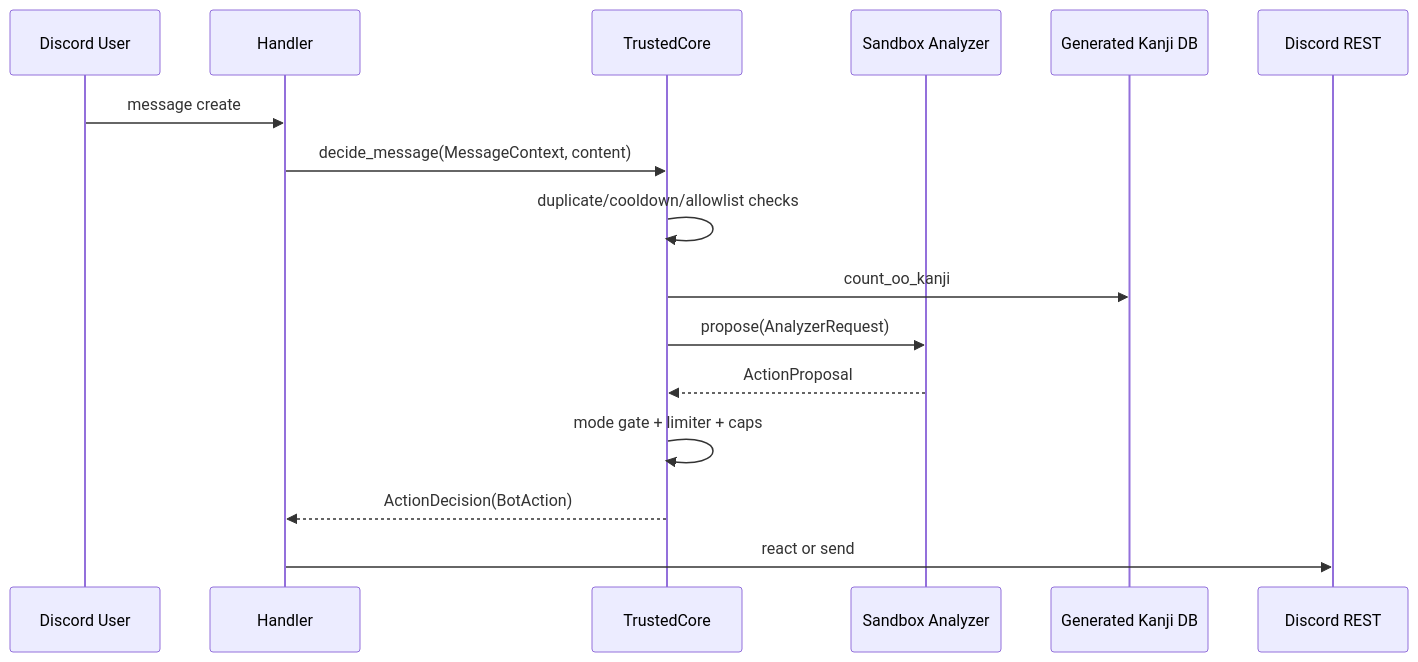
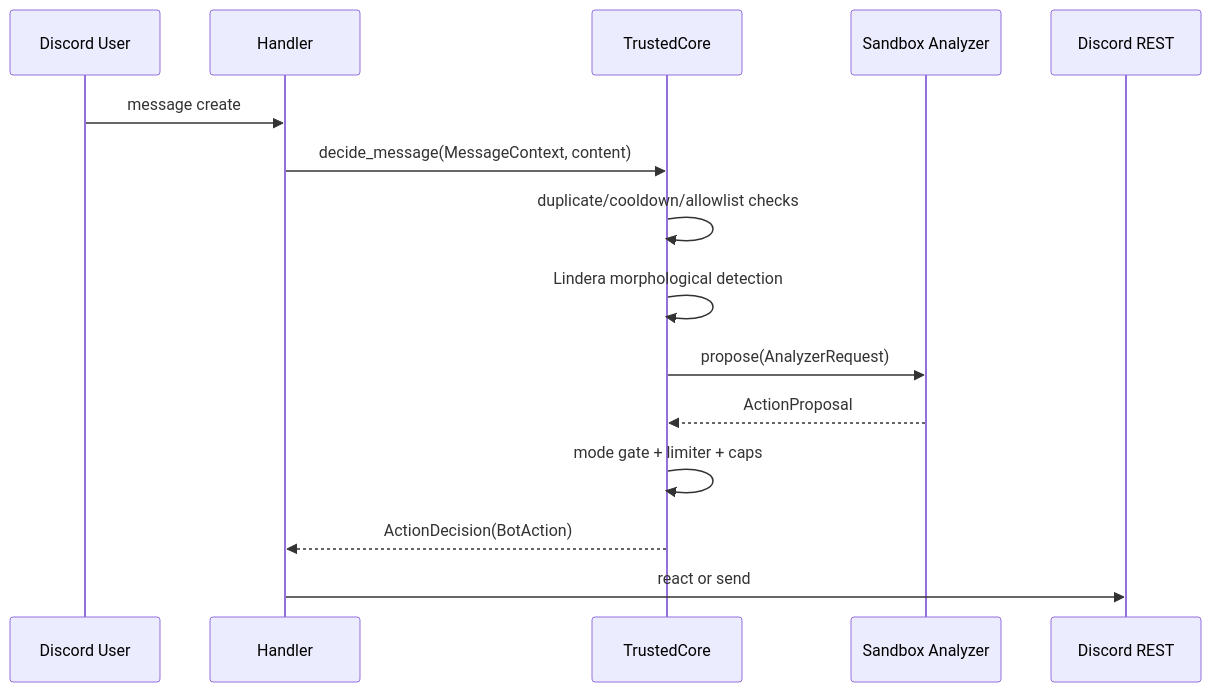
One commit to minto-dane/oo-bot changed the diagram in docs/overview/data-flow.md. Above: the diagram before and after it, drawn with Mermaid. The commit also changed 86 other files, not shown here.

````diff
--- a/docs/overview/data-flow.md
+++ b/docs/overview/data-flow.md
@@ -10,19 +10,18 @@
 ```mermaid
 sequenceDiagram
   participant U as Discord User
   participant H as Handler
   participant C as TrustedCore
   participant S as Sandbox Analyzer
-  participant D as Generated Kanji DB
   participant R as Discord REST
 
   U->>H: message create
   H->>C: decide_message(MessageContext, content)
   C->>C: duplicate/cooldown/allowlist checks
-  C->>D: count_oo_kanji
+  C->>C: Lindera morphological detection
   C->>S: propose(AnalyzerRequest)
   S-->>C: ActionProposal
   C->>C: mode gate + limiter + caps
   C-->>H: ActionDecision(BotAction)
   H->>R: react or send
 ```
````
